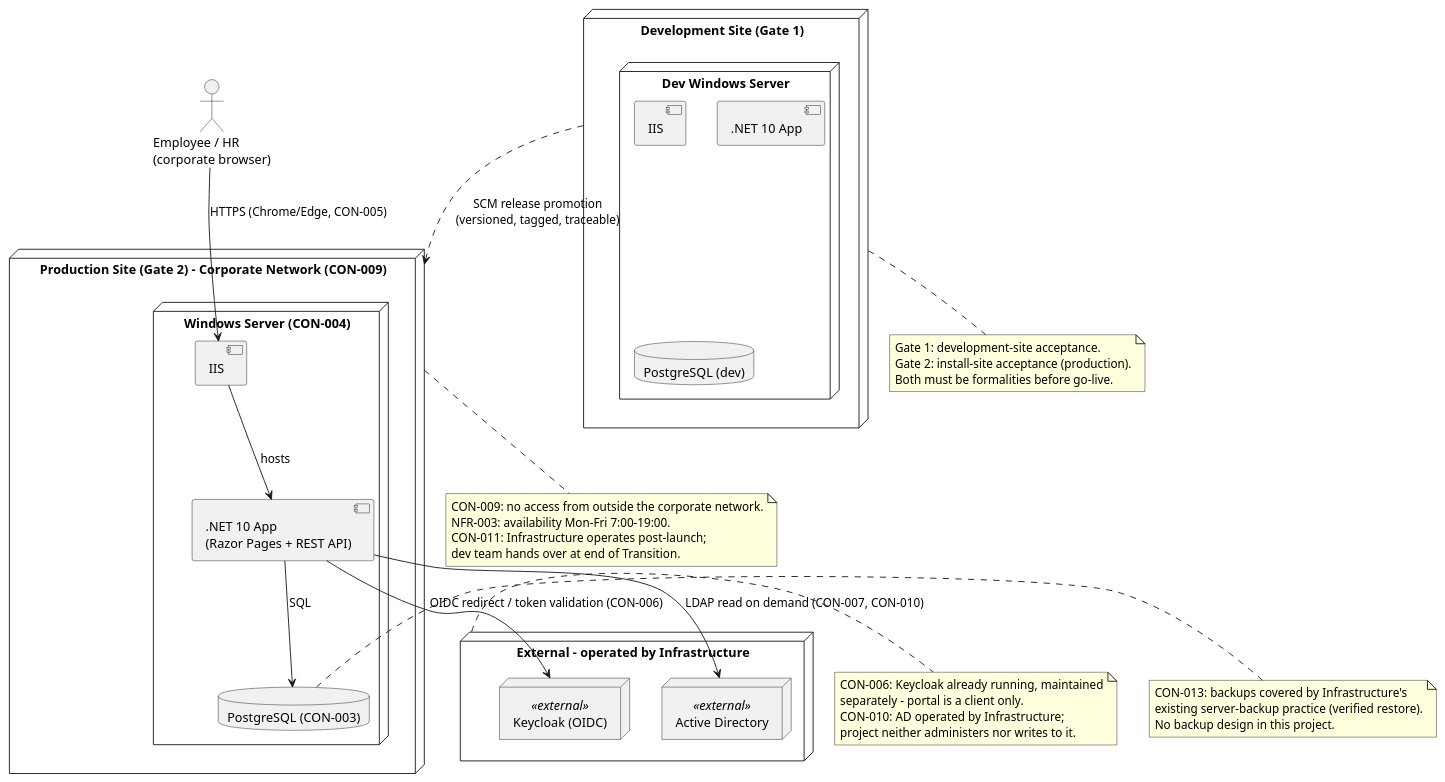
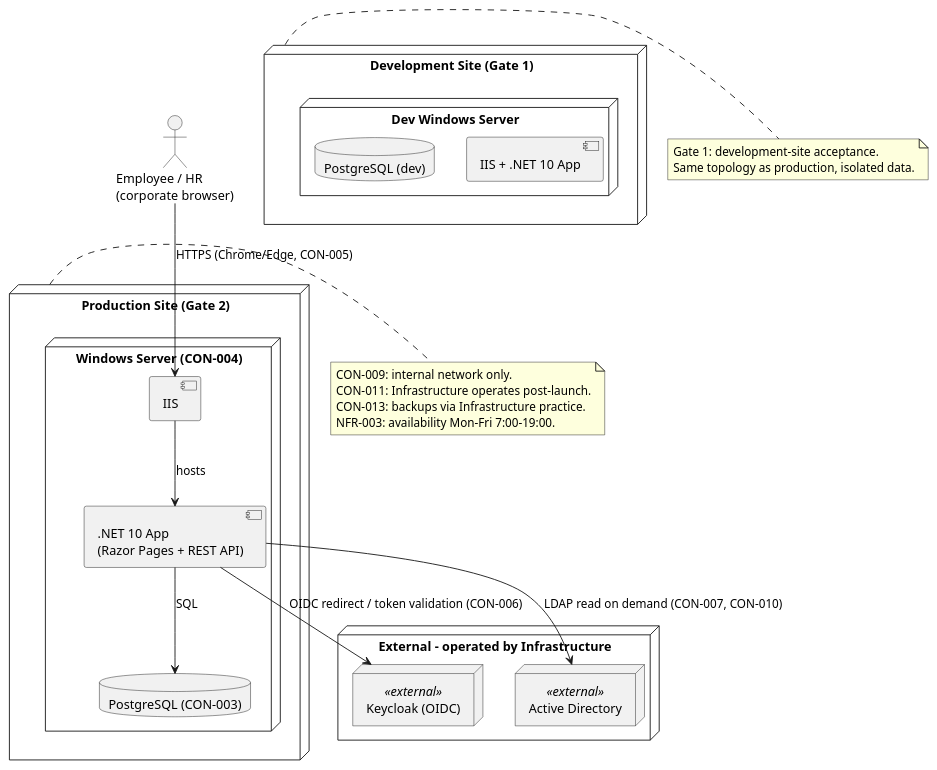
One commit to banense-test/portal changed the first of 2 diagrams in docs/DEPLOYMENT_STRATEGY.md. Above: the diagram before and after it, drawn with PlantUML. The commit also changed other lines of this file, not shown here.

````diff
--- a/docs/DEPLOYMENT_STRATEGY.md
+++ b/docs/DEPLOYMENT_STRATEGY.md
@@ -37,62 +28,45 @@
 ```plantuml
 @startuml
 skinparam nodeStyle rectangle
 
 node "Development Site (Gate 1)" as DEV {
   node "Dev Windows Server" as DEVS {
-    component "IIS" as DIIS
-    component ".NET 10 App" as DAPP
-    database "PostgreSQL (dev)" as DPG
+    component "IIS + .NET 10 App" as DEVAPP
+    database "PostgreSQL (dev)" as DEVPG
   }
 }
 
-node "Production Site (Gate 2) - Corporate Network (CON-009)" as PROD {
+node "Production Site (Gate 2)" as PROD {
   node "Windows Server (CON-004)" as SRV {
     component "IIS" as IIS
     component ".NET 10 App\n(Razor Pages + REST API)" as APP
     database "PostgreSQL (CON-003)" as PG
   }
 }
 
 node "External - operated by Infrastructure" as EXT {
   node "Keycloak (OIDC)" as KC <<external>>
   node "Active Directory" as AD <<external>>
 }
 
 actor "Employee / HR\n(corporate browser)" as USER
 
 USER --> IIS : HTTPS (Chrome/Edge, CON-005)
 IIS --> APP : hosts
 APP --> PG : SQL
 APP --> KC : OIDC redirect / token validation (CON-006)
 APP --> AD : LDAP read on demand (CON-007, CON-010)
 
-DEV ..> PROD : SCM release promotion\n(versioned, tagged, traceable)
-
-note right of EXT
-  CON-006: Keycloak already running, maintained
-  separately - portal is a client only.
-  CON-010: AD operated by Infrastructure;
-  project neither administers nor writes to it.
+note right of PROD
+  CON-009: internal network only.
+  CON-011: Infrastructure operates post-launch.
+  CON-013: backups via Infrastructure practice.
+  NFR-003: availability Mon-Fri 7:00-19:00.
 end note
 
-note right of PG
-  CON-013: backups covered by Infrastructure's
-  existing server-backup practice (verified restore).
-  No backup design in this project.
-end note
-
-note bottom of PROD
-  CON-009: no access from outside the corporate network.
-  NFR-003: availability Mon-Fri 7:00-19:00.
-  CON-011: Infrastructure operates post-launch;
-  dev team hands over at end of Transition.
-end note
-
-note bottom of DEV
+note right of DEV
   Gate 1: development-site acceptance.
-  Gate 2: install-site acceptance (production).
-  Both must be formalities before go-live.
+  Same topology as production, isolated data.
 end note
 @enduml
 ```
````
